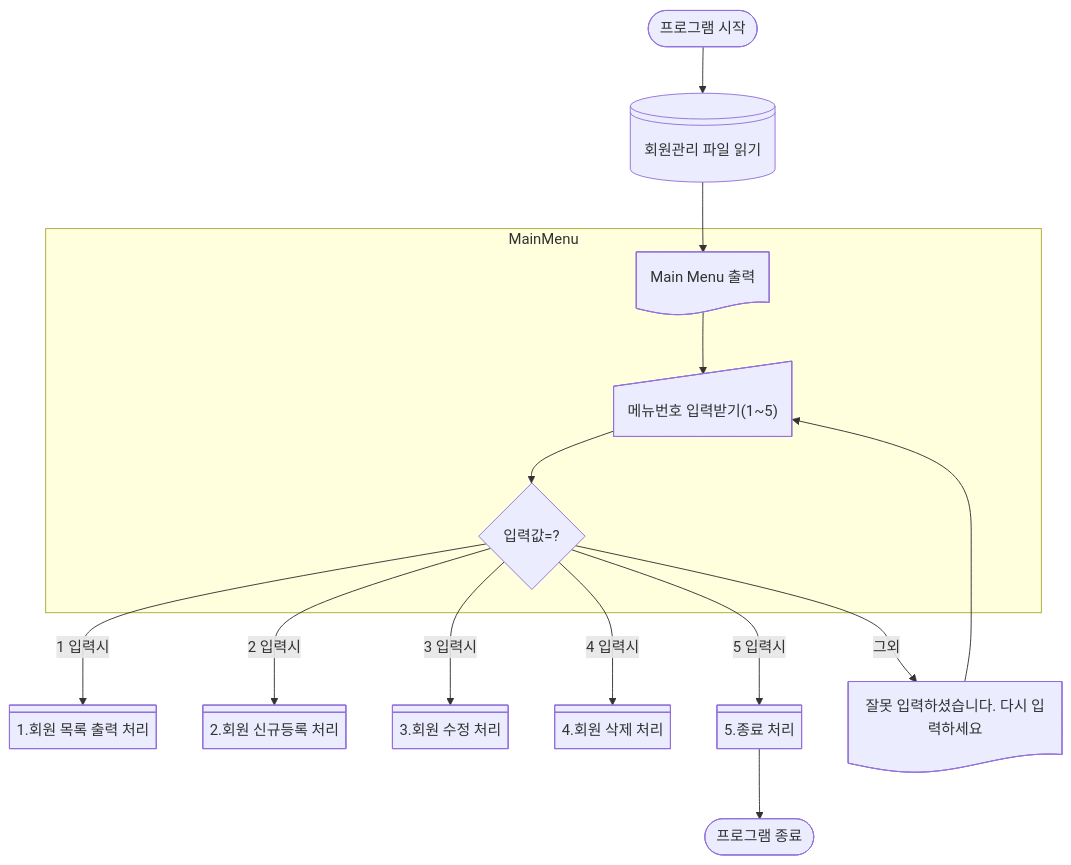
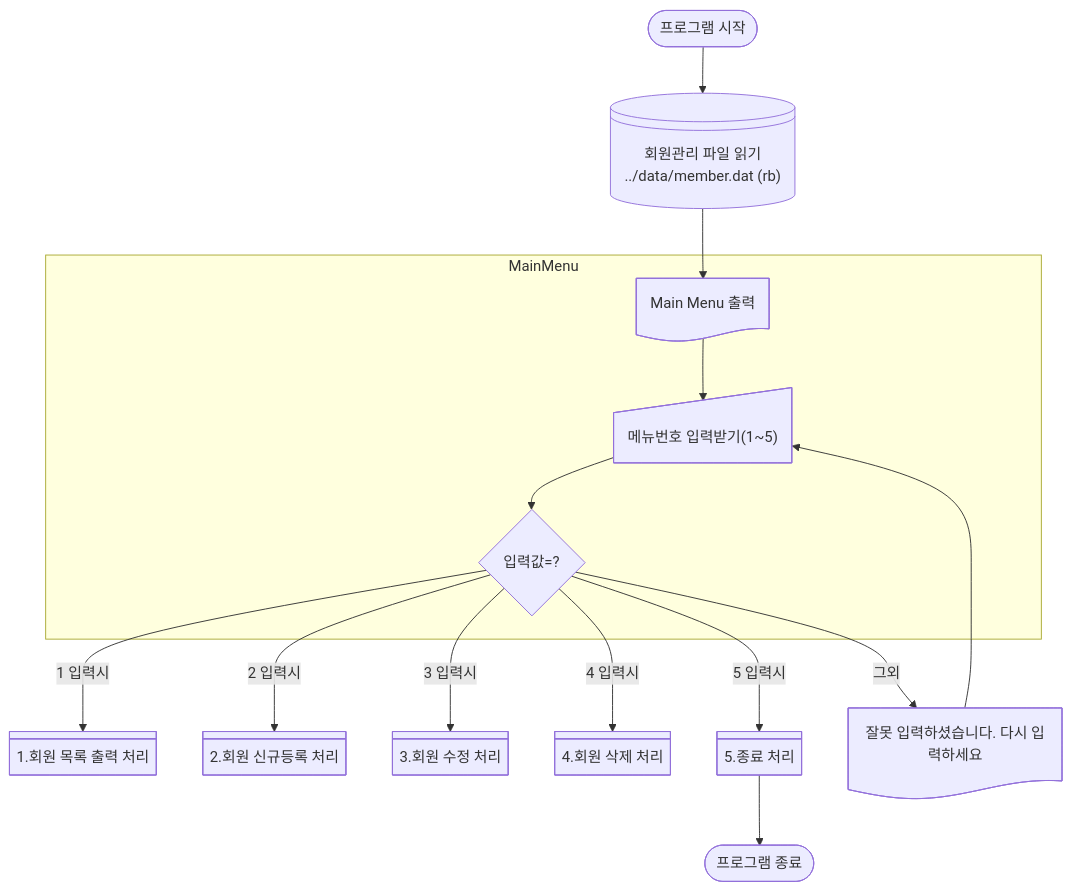
The diagram in docs/1stSubject_flowchart00_start.md (Happy-o3ov/big20-python-project1-team3), drawn with Mermaid before and after one commit. The commit also changed other lines of this file and 3 other files, not shown here.

````diff
--- a/docs/1stSubject_flowchart00_start.md
+++ b/docs/1stSubject_flowchart00_start.md
@@ -2,18 +3,18 @@
 ```mermaid
 graph TD
     %% 프로그램 시작 및 메뉴
-    start([프로그램 시작]) --> readFile@{ shape: lin-cyl, label: "회원관리 파일 읽기"};
+    start([프로그램 시작]) --> readFile@{ shape: lin-cyl, label: "회원관리 파일 읽기 <br> ../data/member.dat (rb)"};
     readFile --> MainMenu
     subgraph MainMenu    
         MainMenu@{ shape: doc, label: "Main Menu 출력"} --> MenuNo@{ shape: manual-input, label: "메뉴번호 입력받기(1~5)" }
         MenuNo --> MenuNoValidation{입력값=?}
     end        
     MenuNoValidation -- 1 입력시 --> List@{ shape: div-rect, label: "1.회원 목록 출력 처리"};
     MenuNoValidation -- 2 입력시 --> Add@{ shape: div-rect, label: "2.회원 신규등록 처리"};
     MenuNoValidation -- 3 입력시 --> Update@{ shape: div-rect, label: "3.회원 수정 처리"};
     MenuNoValidation -- 4 입력시 --> Remove@{ shape: div-rect, label: "4.회원 삭제 처리"};
     MenuNoValidation -- 5 입력시 --> Finish@{ shape: div-rect, label: "5.종료 처리"};
         Finish --> END([프로그램 종료])
     MenuNoValidation --> | 그외 | errorInputPrint@{ shape: doc, label: "잘못 입력하셨습니다. 다시 입력하세요"};
     errorInputPrint --> MenuNo
 ```
````
